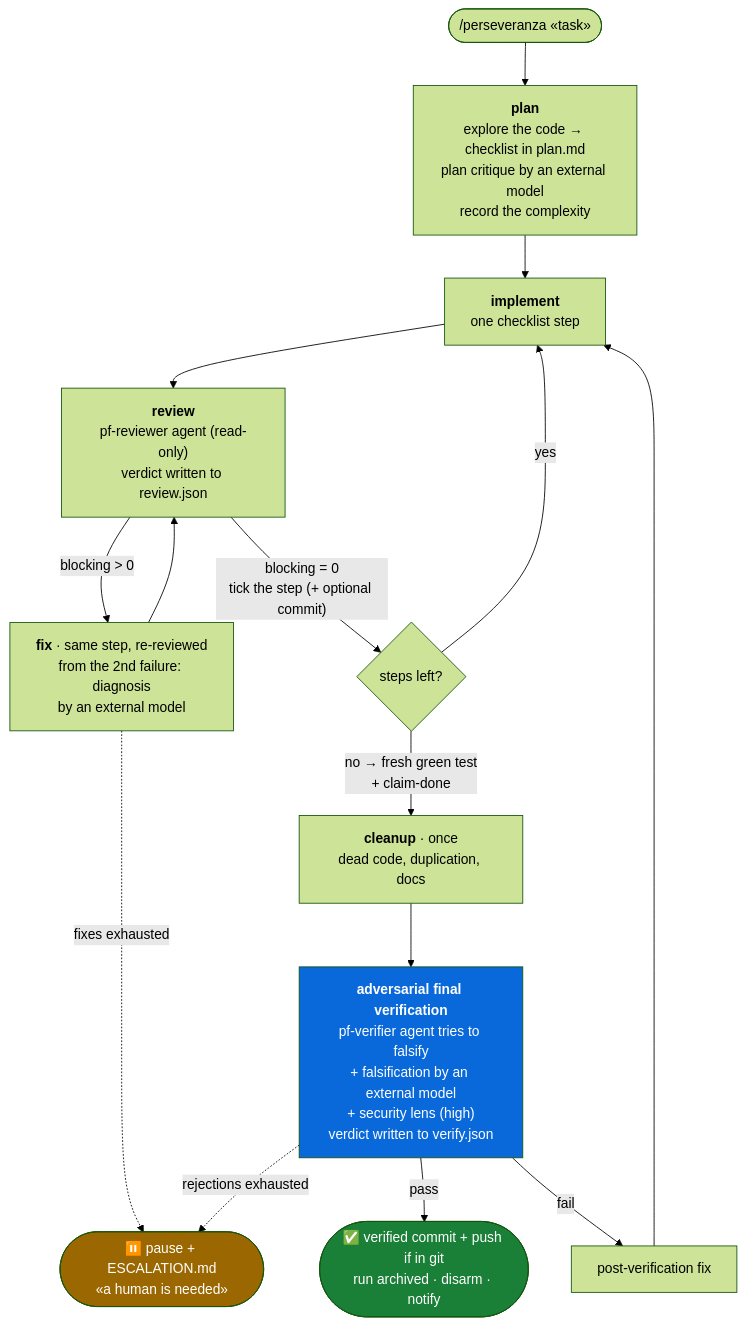
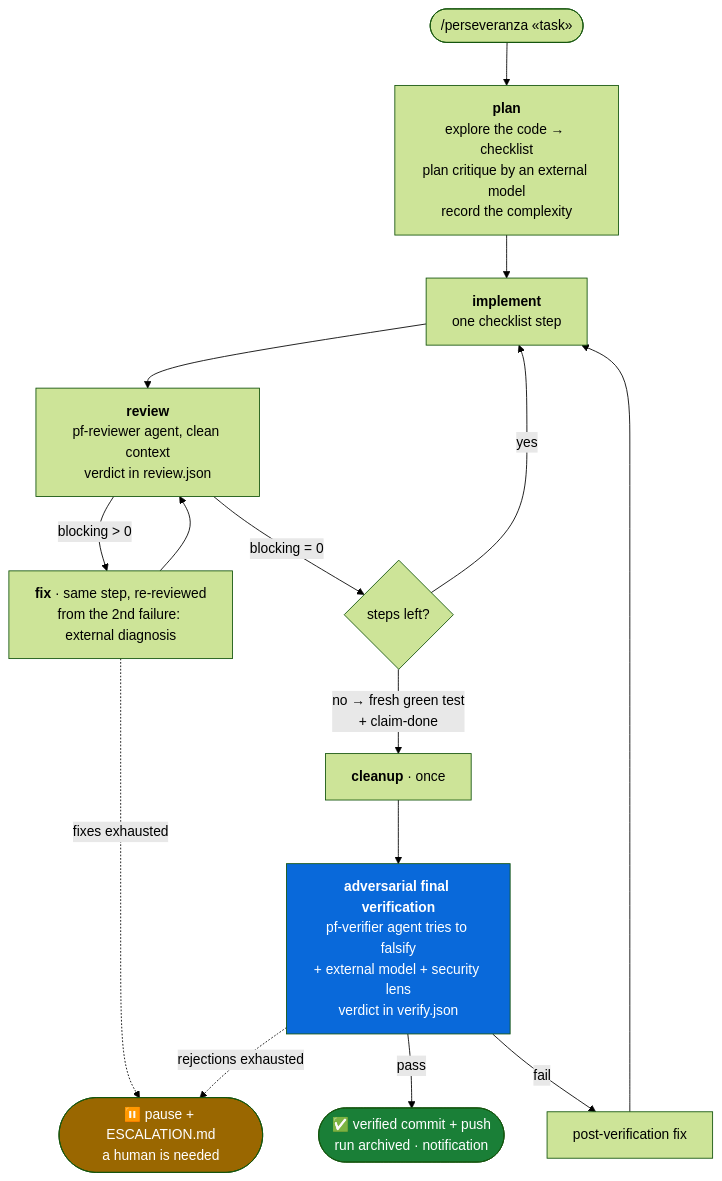
The diagram in README.en.md (ilmondovero/perseveranza), drawn with Mermaid (forest theme) before and after one commit. The commit also changed other lines of this file and 13 other files, not shown here.

````diff
--- a/README.en.md
+++ b/README.en.md
@@ -24,22 +77,22 @@
 ```mermaid
 flowchart TD
     START(["/perseveranza «task»"]) --> PLAN
-    PLAN["<b>plan</b><br/>explore the code → checklist in plan.md<br/>plan critique by an external model<br/>record the complexity"] --> IMPL
+    PLAN["<b>plan</b><br/>explore the code → checklist<br/>plan critique by an external model<br/>record the complexity"] --> IMPL
     IMPL["<b>implement</b><br/>one checklist step"] --> REV
-    REV["<b>review</b><br/>pf-reviewer agent (read-only)<br/>verdict written to review.json"] -- "blocking > 0" --> FIX
-    FIX["<b>fix</b> · same step, re-reviewed<br/>from the 2nd failure: diagnosis<br/>by an external model"] --> REV
-    REV -- "blocking = 0<br/>tick the step (+ optional commit)" --> NEXT{"steps left?"}
+    REV["<b>review</b><br/>pf-reviewer agent, clean context<br/>verdict in review.json"] -- "blocking > 0" --> FIX
+    FIX["<b>fix</b> · same step, re-reviewed<br/>from the 2nd failure: external diagnosis"] --> REV
+    REV -- "blocking = 0" --> NEXT{"steps left?"}
     NEXT -- "yes" --> IMPL
     NEXT -- "no → fresh green test<br/>+ claim-done" --> CLEAN
-    CLEAN["<b>cleanup</b> · once<br/>dead code, duplication, docs"] --> VERIFY
-    VERIFY["<b>adversarial final verification</b><br/>pf-verifier agent tries to falsify<br/>+ falsification by an external model<br/>+ security lens (high)<br/>verdict written to verify.json"] -- "pass" --> DONE
+    CLEAN["<b>cleanup</b> · once"] --> VERIFY
+    VERIFY["<b>adversarial final verification</b><br/>pf-verifier agent tries to falsify<br/>+ external model + security lens<br/>verdict in verify.json"] -- "pass" --> DONE
     VERIFY -- "fail" --> POSTFIX["post-verification fix"] --> IMPL
     FIX -. "fixes exhausted" .-> PAUSE
     VERIFY -. "rejections exhausted" .-> PAUSE
-    DONE(["✅ verified commit + push if in git<br/>run archived · disarm · notify"])
-    PAUSE(["⏸️ pause + ESCALATION.md<br/>«a human is needed»"])
+    DONE(["✅ verified commit + push<br/>run archived · notification"])
+    PAUSE(["⏸️ pause + ESCALATION.md<br/>a human is needed"])
 
     style DONE fill:#1a7f37,color:#fff
     style PAUSE fill:#9a6700,color:#fff
     style VERIFY fill:#0969da,color:#fff
 ```
````
